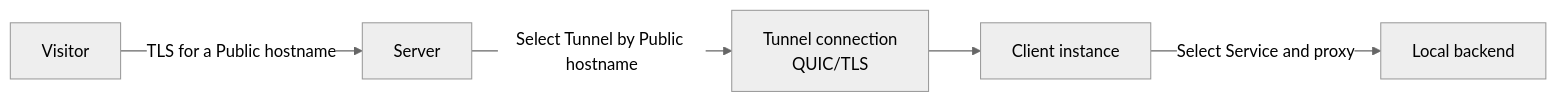
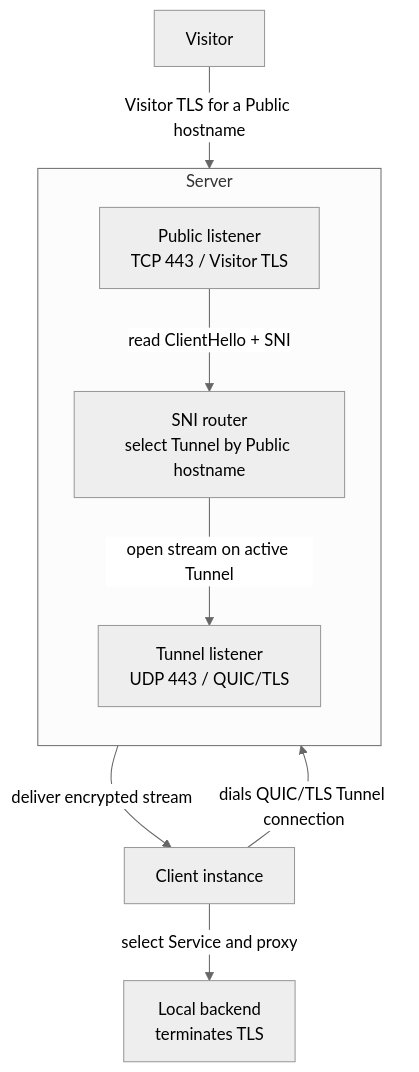
Before and after one commit to runewarp/runewarp: the diagram in docs/architecture.md, drawn with Mermaid (neutral theme). The commit also changed 2 other files, not shown here.

Commit message:
Refresh architecture diagrams (#91)
## Summary
- add a short architecture section to the top-level README with a
vertical Mermaid diagram
- update the architecture guide with a richer vertical diagram that
shows the Server's public and tunnel listeners
- refresh the Docker example topology diagram to match the same readable
vertical shape

## Testing
- documentation-only change

````diff
--- a/docs/architecture.md
+++ b/docs/architecture.md
@@ -36,7 +36,21 @@
 ```mermaid
-flowchart LR
-    V[Visitor] -->|"TLS for a Public hostname"| S[Server]
-    S -->|"Select Tunnel by Public hostname"| T["Tunnel connection<br/>QUIC/TLS"]
-    T --> C[Client instance]
-    C -->|"Select Service and proxy"| B[Local backend]
+flowchart TD
+    V[Visitor]
+    C["Client instance"]
+    B["Local backend<br/>terminates TLS"]
+
+    subgraph S["Server"]
+        direction TB
+        P["Public listener<br/>TCP 443 / Visitor TLS"]
+        R["SNI router<br/>select Tunnel by Public hostname"]
+        U["Tunnel listener<br/>UDP 443 / QUIC/TLS"]
+
+        P -->|"read ClientHello + SNI"| R
+        R -->|"open stream on active Tunnel"| U
+    end
+
+    V -->|"Visitor TLS for a Public hostname"| P
+    C -->|"dials QUIC/TLS Tunnel connection"| U
+    U -->|"deliver encrypted stream"| C
+    C -->|"select Service and proxy"| B
 ```
````
